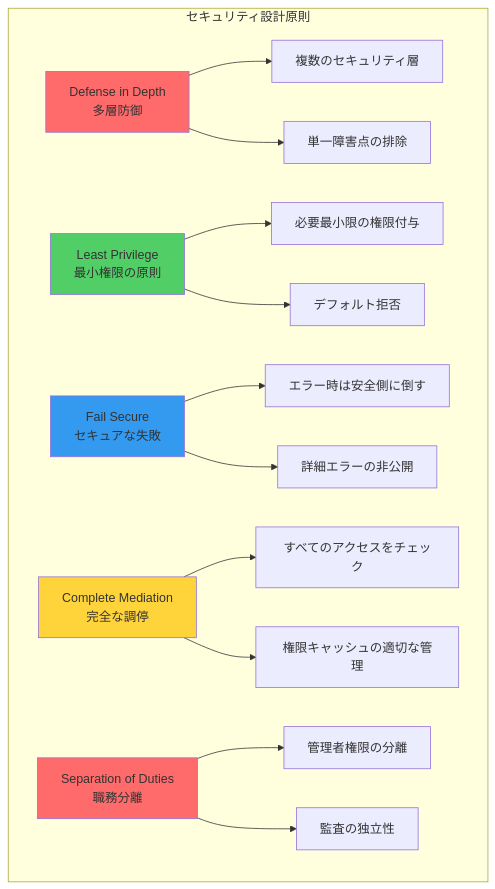
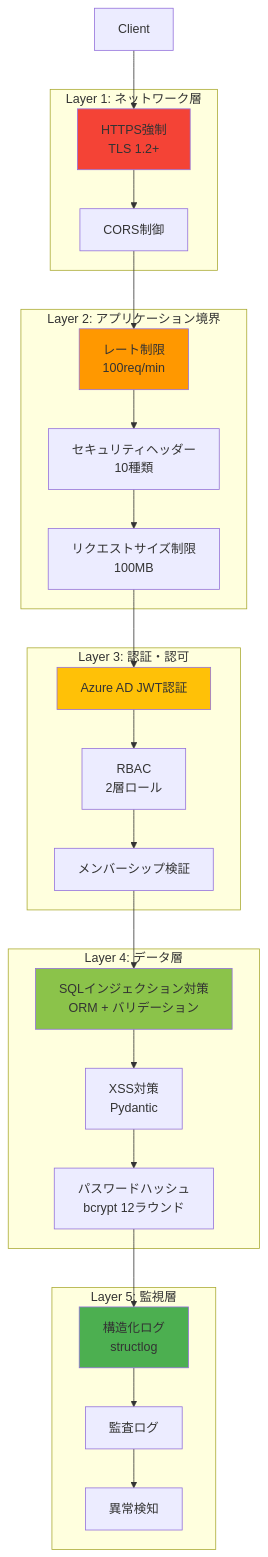
Before and after one commit to nomura-koshiro/genai-app-docs: the first of 10 diagrams in docs/specifications/03-security/03-security-implementation.md, drawn with Mermaid. The commit also changed other lines of this file and 35 other files, not shown here.

````diff
--- a/docs/specifications/03-security/03-security-implementation.md
+++ b/docs/specifications/03-security/03-security-implementation.md
@@ -61,31 +21,52 @@
 ```mermaid
 graph TB
-    subgraph "セキュリティ設計原則"
-        A[Defense in Depth<br/>多層防御]
-        B[Least Privilege<br/>最小権限の原則]
-        C[Fail Secure<br/>セキュアな失敗]
-        D[Complete Mediation<br/>完全な調停]
-        E[Separation of Duties<br/>職務分離]
-
-        A --> A1[複数のセキュリティ層]
-        A --> A2[単一障害点の排除]
-
-        B --> B1[必要最小限の権限付与]
-        B --> B2[デフォルト拒否]
-
-        C --> C1[エラー時は安全側に倒す]
-        C --> C2[詳細エラーの非公開]
-
-        D --> D1[すべてのアクセスをチェック]
-        D --> D2[権限キャッシュの適切な管理]
-
-        E --> E1[管理者権限の分離]
-        E --> E2[監査の独立性]
+    subgraph "Layer 1: ネットワーク層"
+        L1A[HTTPS強制<br/>TLS 1.2+]
+        L1B[CORS制御]
     end
 
-    style A fill:#ff6b6b
-    style B fill:#51cf66
-    style C fill:#339af0
-    style D fill:#ffd43b
-    style E fill:#ff6b6b
+    subgraph "Layer 2: アプリケーション境界"
+        L2A[レート制限<br/>100req/min]
+        L2B[セキュリティヘッダー<br/>10種類]
+        L2C[リクエストサイズ制限<br/>100MB]
+    end
+
+    subgraph "Layer 3: 認証・認可"
+        L3A[Azure AD JWT認証]
+        L3B[RBAC<br/>2層ロール]
+        L3C[メンバーシップ検証]
+    end
+
+    subgraph "Layer 4: データ層"
+        L4A[SQLインジェクション対策<br/>ORM + バリデーション]
+        L4B[XSS対策<br/>Pydantic]
+        L4C[パスワードハッシュ<br/>bcrypt 12ラウンド]
+    end
+
+    subgraph "Layer 5: 監視層"
+        L5A[構造化ログ<br/>structlog]
+        L5B[監査ログ]
+        L5C[異常検知]
+    end
+
+    Client[Client] --> L1A
+    L1A --> L1B
+    L1B --> L2A
+    L2A --> L2B
+    L2B --> L2C
+    L2C --> L3A
+    L3A --> L3B
+    L3B --> L3C
+    L3C --> L4A
+    L4A --> L4B
+    L4B --> L4C
+    L4C --> L5A
+    L5A --> L5B
+    L5B --> L5C
+
+    style L1A fill:#F44336
+    style L2A fill:#FF9800
+    style L3A fill:#FFC107
+    style L4A fill:#8BC34A
+    style L5A fill:#4CAF50
 ```
````
